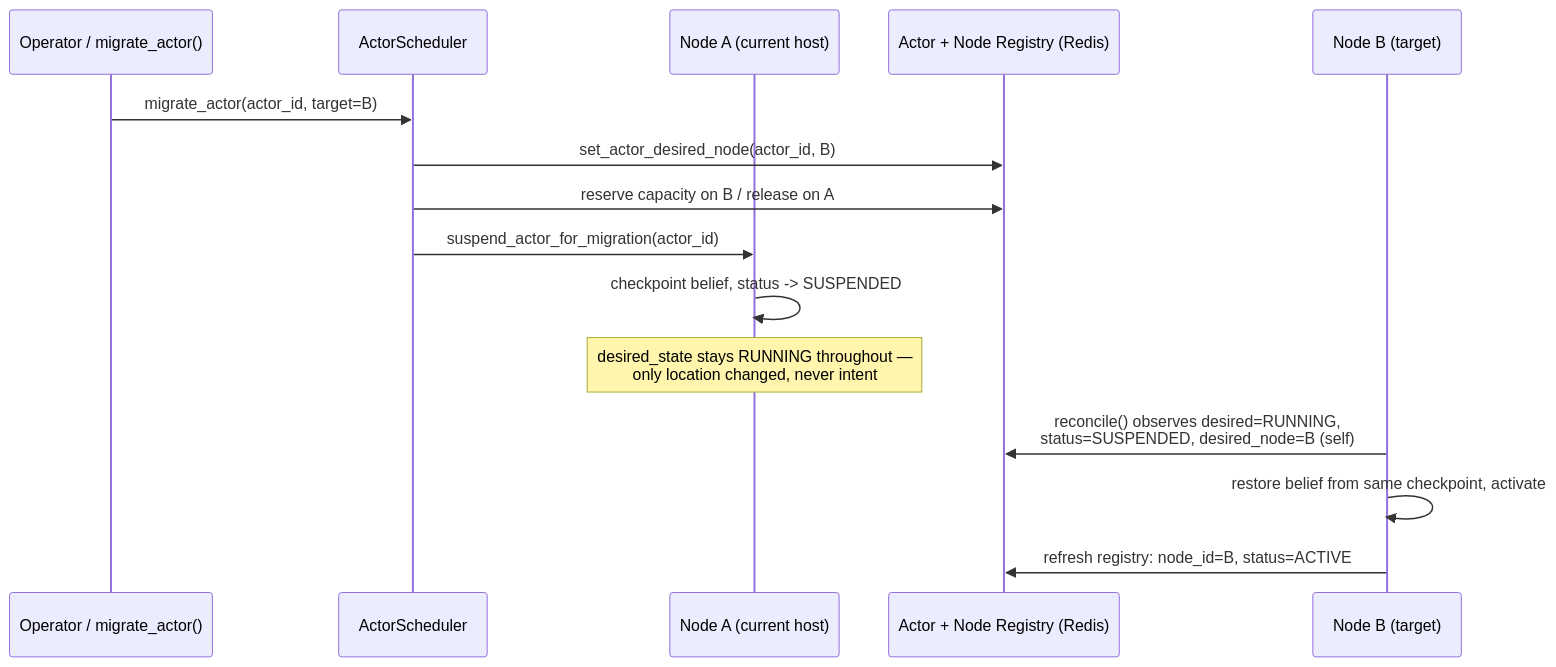
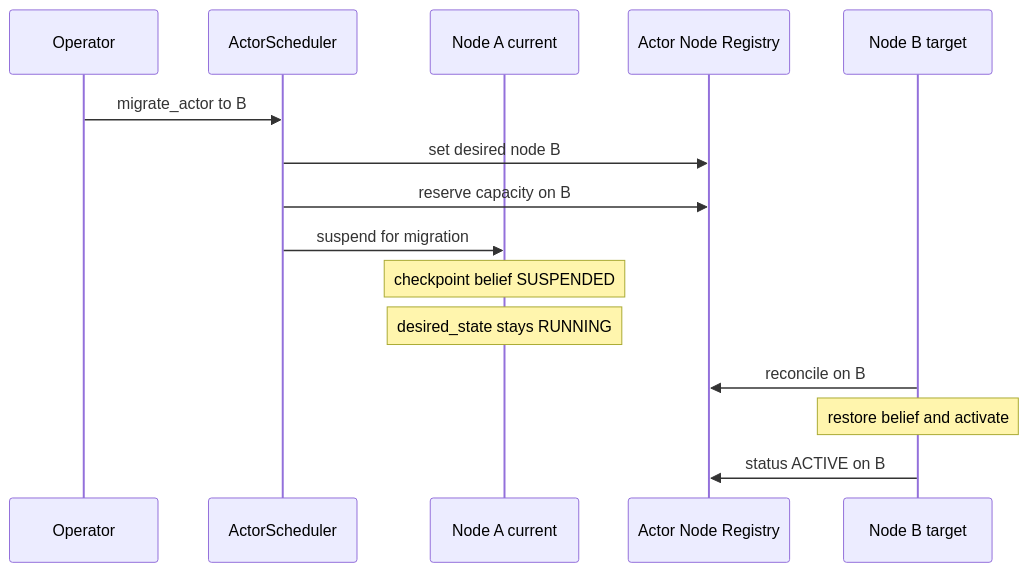
One commit to monkeypatched-stack/cogitive-os changed the first of 2 diagrams in docs/ACTOR_SCHEDULER.md. Above: the diagram before and after it, drawn with Mermaid. The commit also changed other lines of this file and 6 other files, not shown here.

Commit message:
adding diagrams

````diff
--- a/docs/ACTOR_SCHEDULER.md
+++ b/docs/ACTOR_SCHEDULER.md
@@ -178,18 +178,18 @@
 ```mermaid
 sequenceDiagram
-    participant Op as Operator / migrate_actor()
+    participant Op as Operator
     participant Sched as ActorScheduler
-    participant NodeA as Node A (current host)
-    participant Registry as Actor + Node Registry (Redis)
-    participant NodeB as Node B (target)
+    participant NodeA as Node A current
+    participant Registry as Actor Node Registry
+    participant NodeB as Node B target
 
-    Op->>Sched: migrate_actor(actor_id, target=B)
-    Sched->>Registry: set_actor_desired_node(actor_id, B)
-    Sched->>Registry: reserve capacity on B / release on A
-    Sched->>NodeA: suspend_actor_for_migration(actor_id)
-    NodeA->>NodeA: checkpoint belief, status -> SUSPENDED
-    Note over NodeA: desired_state stays RUNNING throughout —<br/>only location changed, never intent
-    NodeB->>Registry: reconcile() observes desired=RUNNING,<br/>status=SUSPENDED, desired_node=B (self)
-    NodeB->>NodeB: restore belief from same checkpoint, activate
-    NodeB->>Registry: refresh registry: node_id=B, status=ACTIVE
+    Op->>Sched: migrate_actor to B
+    Sched->>Registry: set desired node B
+    Sched->>Registry: reserve capacity on B
+    Sched->>NodeA: suspend for migration
+    Note over NodeA: checkpoint belief SUSPENDED
+    Note over NodeA: desired_state stays RUNNING
+    NodeB->>Registry: reconcile on B
+    Note over NodeB: restore belief and activate
+    NodeB->>Registry: status ACTIVE on B
 ```
````
